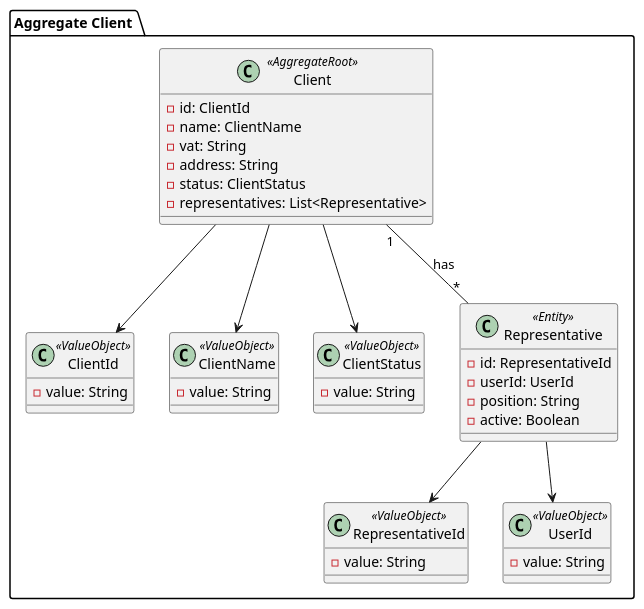
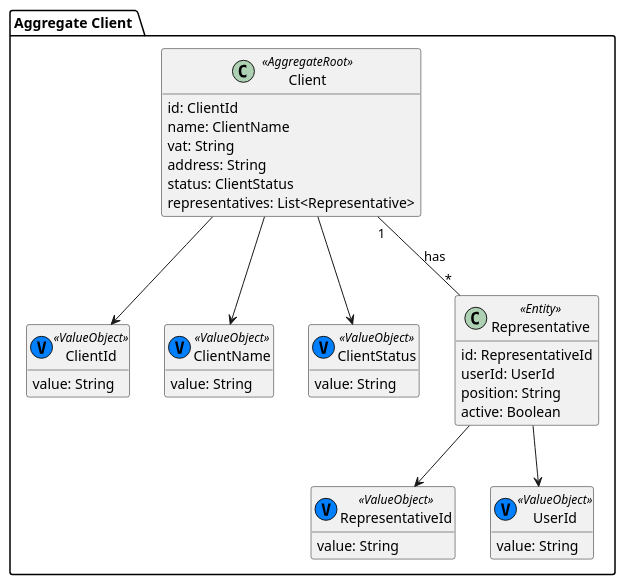
The diagram in docs/us_110/subDomains/domains/aggregate_client.puml (HenriqueSilva18/Drone-Show-Management-System), drawn with PlantUML before and after one commit. The commit also changed 7 other files, not shown here.

```diff
--- a/docs/us_110/subDomains/domains/aggregate_client.puml
+++ b/docs/us_110/subDomains/domains/aggregate_client.puml
@@ -1,50 +1,52 @@
 @startuml
+hide methods
+
 package "Aggregate Client " {
 
     ' Agregado Client (Aggregate Root)
     class Client <<AggregateRoot>> {
-        - id: ClientId
-        - name: ClientName
-        - vat: String
-        - address: String
-        - status: ClientStatus
-        - representatives: List<Representative>
+        id: ClientId
+        name: ClientName
+        vat: String
+        address: String
+        status: ClientStatus
+        representatives: List<Representative>
     }
 
     ' Value Objects do Client
-    class ClientId <<ValueObject>> {
-        - value: String
+    class ClientId <<(V, #007fff) ValueObject>> {
+        value: String
     }
 
-    class ClientName <<ValueObject>> {
-        - value: String
+    class ClientName <<(V, #007fff) ValueObject>> {
+        value: String
     }
 
-    class ClientStatus <<ValueObject>> {
-        - value: String
+    class ClientStatus <<(V, #007fff)ValueObject>> {
+        value: String
     }
 
     ' Representante (Gestor do sistema é um tipo de User, aqui é o representante do cliente)
     class Representative <<Entity>> {
-        - id: RepresentativeId
-        - userId: UserId
-        - position: String
-        - active: Boolean
+        id: RepresentativeId
+        userId: UserId
+        position: String
+        active: Boolean
     }
 
-    class RepresentativeId <<ValueObject>> {
-        - value: String
+    class RepresentativeId <<(V, #007fff) ValueObject>> {
+        value: String
     }
 
-    class UserId <<ValueObject>> {
-        - value: String
+    class UserId <<(V, #007fff) ValueObject>> {
+        value: String
     }
 
     Client --> ClientId
     Client --> ClientName
     Client --> ClientStatus
     Client "1" -- "*" Representative : has
     Representative --> RepresentativeId
     Representative --> UserId
 }
 @enduml
```
